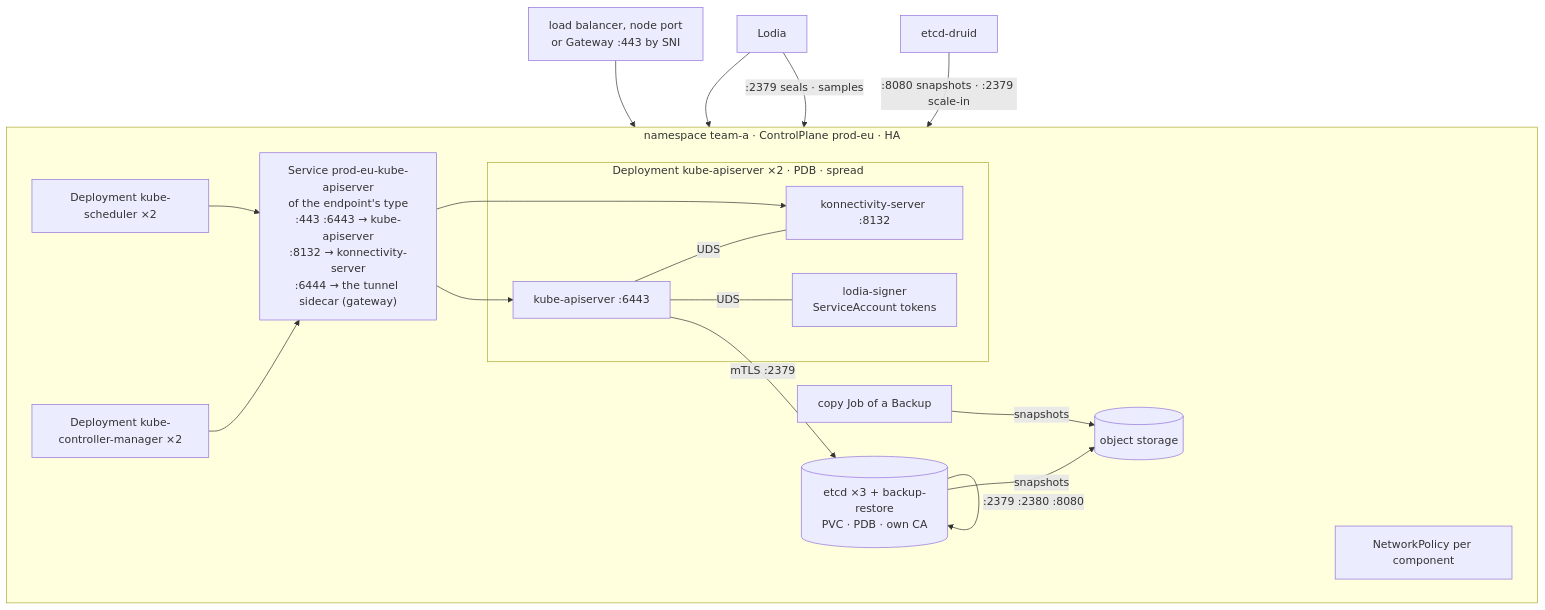
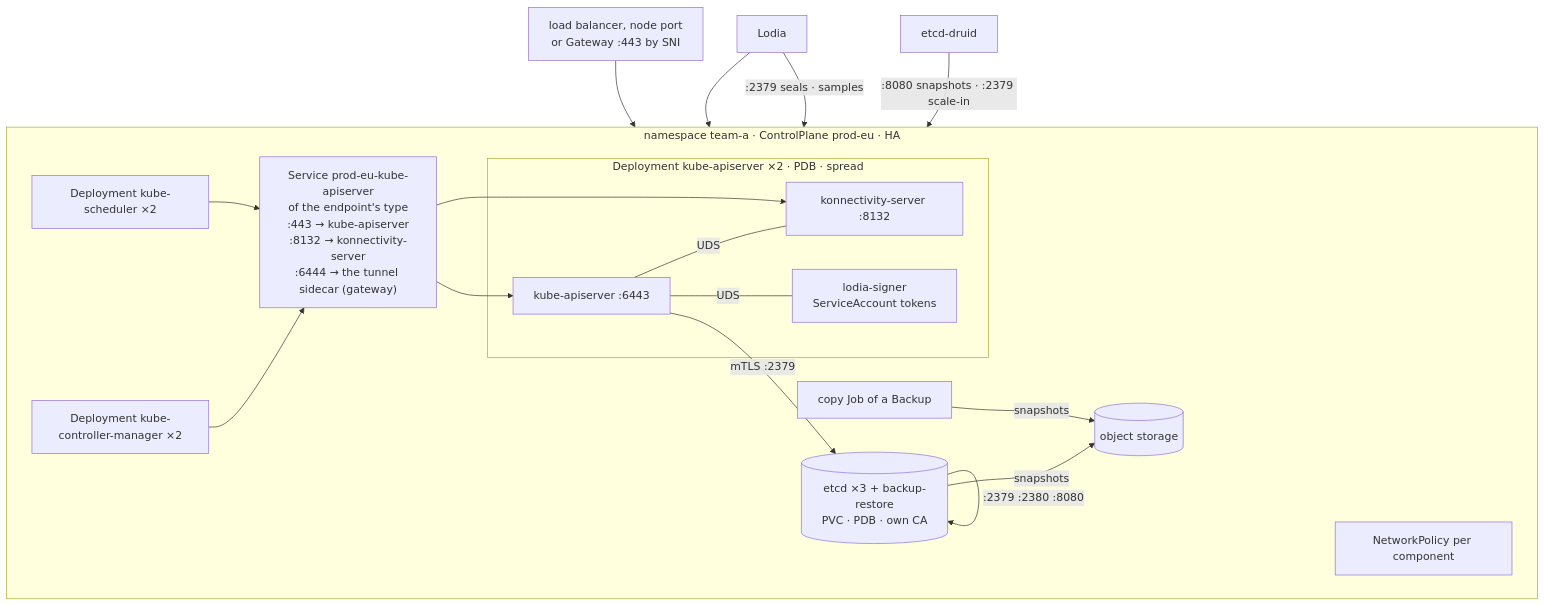
Before and after one commit to lodia-io/lodia: the third of 7 diagrams in docs/README.md, drawn with Mermaid. The commit also changed other lines of this file and 83 other files, not shown here.

````diff
--- a/docs/README.md
+++ b/docs/README.md
@@ -82,26 +82,26 @@
 ```mermaid
 flowchart TB
   subgraph ns["namespace team-a · ControlPlane prod-eu · HA"]
     direction LR
     subgraph kas["Deployment kube-apiserver ×2 · PDB · spread"]
       a["kube-apiserver :6443"] ---|UDS| k["konnectivity-server :8132"]
       a ---|UDS| sg["lodia-signer<br/>ServiceAccount tokens"]
     end
     kcm["Deployment kube-controller-manager ×2"]
     sch["Deployment kube-scheduler ×2"]
     etcd[("etcd ×3 + backup-restore<br/>PVC · PDB · own CA")]
-    svc["Service prod-eu-kube-apiserver<br/>of the endpoint's type<br/>:443 :6443 → kube-apiserver<br/>:8132 → konnectivity-server<br/>:6444 → the tunnel sidecar (gateway)"]
+    svc["Service prod-eu-kube-apiserver<br/>of the endpoint's type<br/>:443 → kube-apiserver<br/>:8132 → konnectivity-server<br/>:6444 → the tunnel sidecar (gateway)"]
     np["NetworkPolicy per component"]
     kcm --> svc --> a
     sch --> svc
     svc --> k
     a -->|mTLS :2379| etcd
     etcd -->|":2379 :2380 :8080"| etcd
     etcd -->|snapshots| s3[(object storage)]
     cj["copy Job of a Backup"] -->|snapshots| s3
   end
   ep["load balancer, node port<br/>or Gateway :443 by SNI"] --> svc
   op["Lodia"] --> svc
   op -->|":2379 seals · samples"| etcd
   druid["etcd-druid"] -->|":8080 snapshots · :2379 scale-in"| etcd
 ```
````
